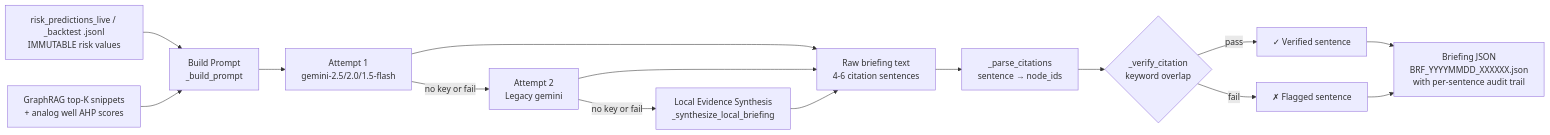
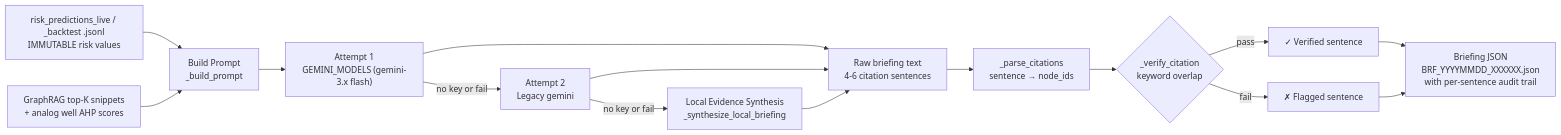
Diagram 14 of 18 in ARCHITECTURE.md (n3ssdub3y/SIH_2026_PLANNS), drawn with Mermaid before and after one commit. The commit also changed other lines of this file and 14 other files, not shown here.

````diff
--- a/ARCHITECTURE.md
+++ b/ARCHITECTURE.md
@@ -919,14 +921,14 @@
 ```mermaid
 flowchart LR
     M3_RISK["risk_predictions_live / _backtest .jsonl\nIMMUTABLE risk values"] --> PROMPT
     RAG_RESULTS["GraphRAG top-K snippets\n+ analog well AHP scores"] --> PROMPT
-    PROMPT["Build Prompt\n_build_prompt"] --> ATTEMPT1["Attempt 1\ngemini-2.5/2.0/1.5-flash"]
+    PROMPT["Build Prompt\n_build_prompt"] --> ATTEMPT1["Attempt 1\nGEMINI_MODELS (gemini-3.x flash)"]
     ATTEMPT1 -->|"no key or fail"| ATTEMPT2["Attempt 2\nLegacy gemini"]
     ATTEMPT2 -->|"no key or fail"| LOCAL["Local Evidence Synthesis\n_synthesize_local_briefing"]
     ATTEMPT1 & ATTEMPT2 & LOCAL --> RAW["Raw briefing text\n4-6 citation sentences"]
     RAW --> PARSE["_parse_citations\nsentence → node_ids"]
     PARSE --> VERIFY{"_verify_citation\nkeyword overlap"}
     VERIFY -->|"pass"| PASS["✓ Verified sentence"]
     VERIFY -->|"fail"| FAIL["✗ Flagged sentence"]
     PASS & FAIL --> BRF["Briefing JSON\nBRF_YYYYMMDD_XXXXXX.json\nwith per-sentence audit trail"]
 ```
````
